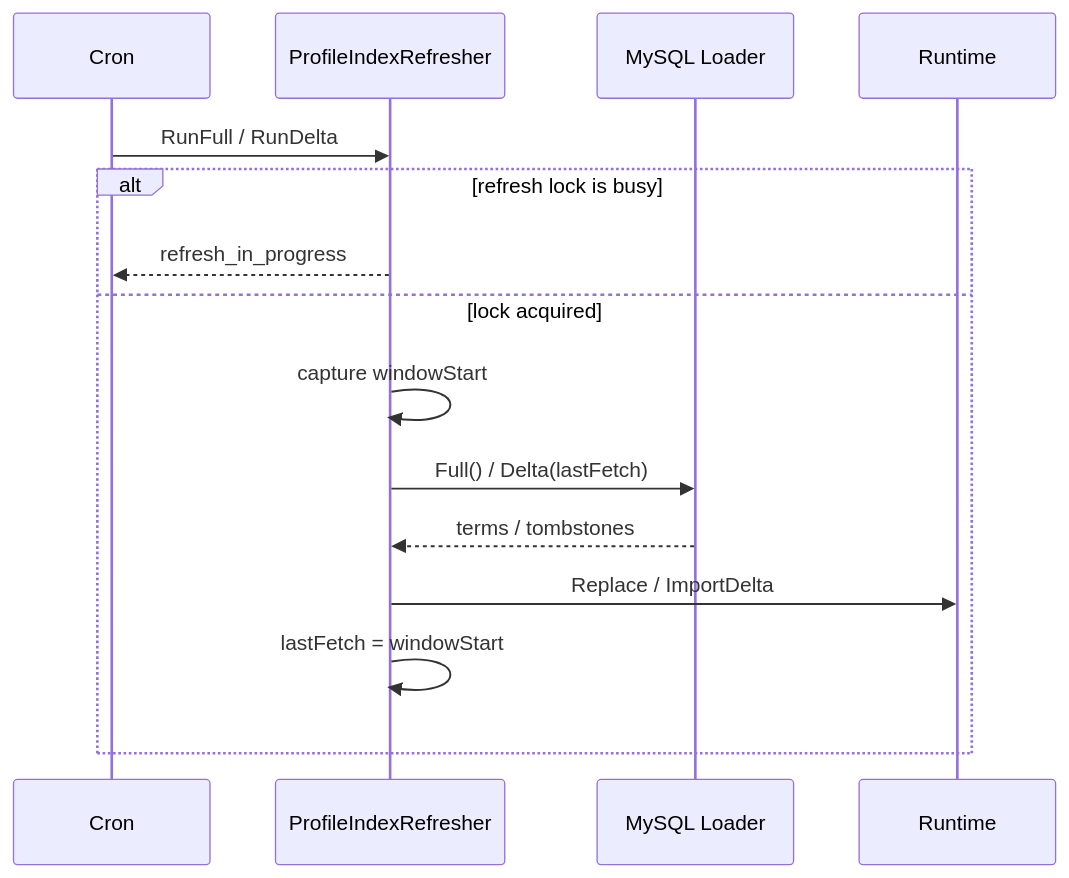
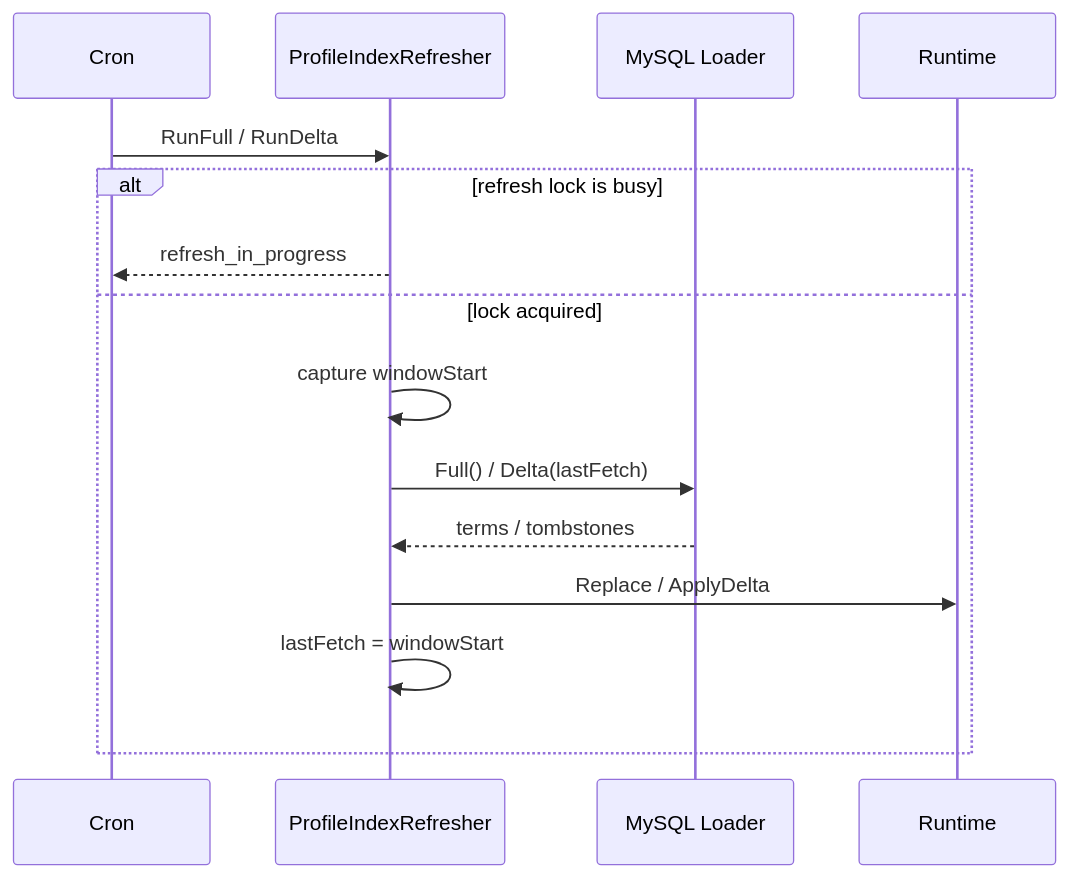
The diagram in docs/02-业务模块/05-Suggest/02-关键链路-索引刷新Full-Delta.md (FangcunMount/iam), drawn with Mermaid before and after one commit. The commit also changed other lines of this file and 31 other files, not shown here.

````diff
--- a/docs/02-业务模块/05-Suggest/02-关键链路-索引刷新Full-Delta.md
+++ b/docs/02-业务模块/05-Suggest/02-关键链路-索引刷新Full-Delta.md
@@ -19,18 +19,18 @@
 ```mermaid
 sequenceDiagram
     participant C as Cron
     participant R as ProfileIndexRefresher
     participant L as MySQL Loader
     participant RT as Runtime
 
     C->>R: RunFull / RunDelta
     alt refresh lock is busy
         R-->>C: refresh_in_progress
     else lock acquired
         R->>R: capture windowStart
         R->>L: Full() / Delta(lastFetch)
         L-->>R: terms / tombstones
-        R->>RT: Replace / ImportDelta
+        R->>RT: Replace / ApplyDelta
         R->>R: lastFetch = windowStart
     end
 ```
````
